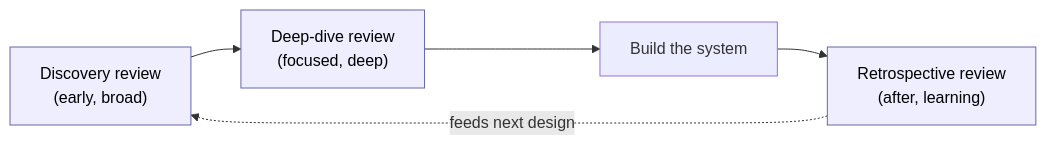
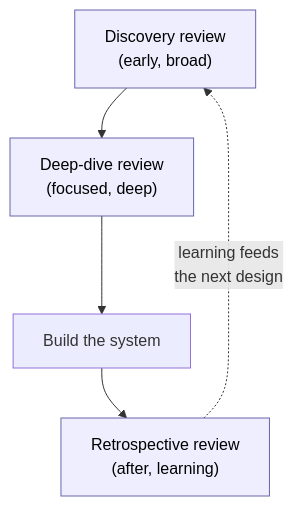
One commit to vrthra/open-swe-book changed the first of 2 diagrams in chapters/08-static-checking/README.md. Above: the diagram before and after it, drawn with Mermaid. The commit also changed 23 other files, not shown here.

Commit message:
Update tab order and fixed diagrams

````diff
--- a/chapters/08-static-checking/README.md
+++ b/chapters/08-static-checking/README.md
@@ -104,9 +104,9 @@
 ```mermaid
-flowchart LR
+flowchart TD
     D["Discovery review<br/>(early, broad)"] --> DD["Deep-dive review<br/>(focused, deep)"]
-    DD --> Build[Build the system]
+    DD --> Build["Build the system"]
     Build --> R["Retrospective review<br/>(after, learning)"]
-    R -.feeds next design.-> D
+    R -. "learning feeds<br/>the next design" .-> D
     classDef rev fill:#eef,stroke:#66a,color:#000;
     class D,DD,R rev;
 ```
````
